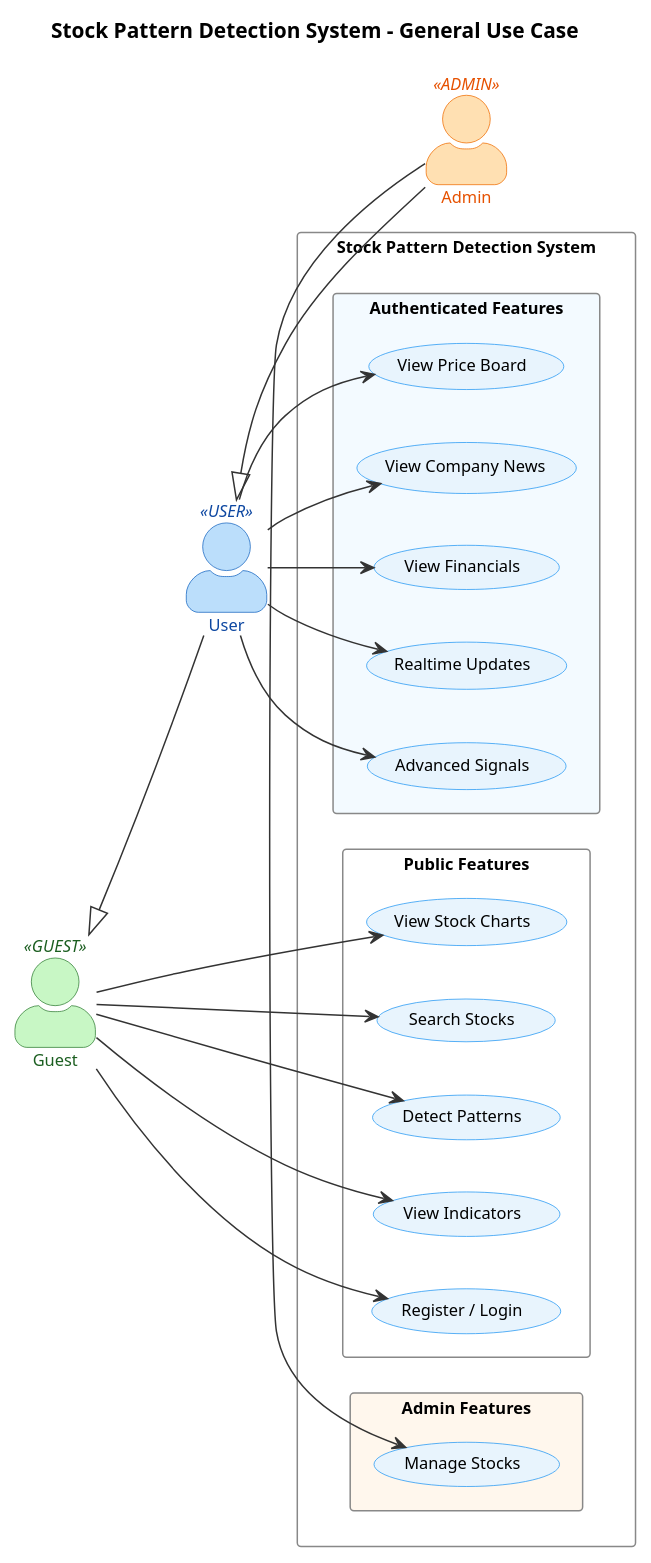
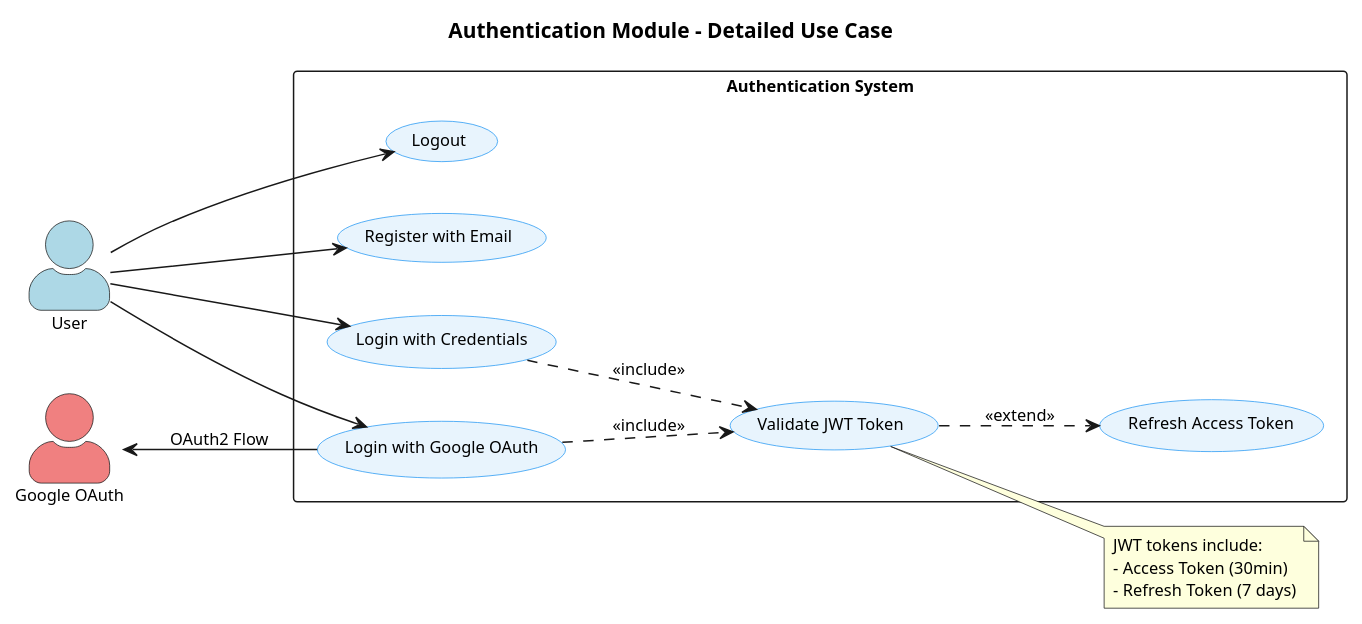
Before and after one commit to enel2906/graduation-thesis-diagram: the diagram in user-case-diagram/02-authentication-use-case.puml, drawn with PlantUML.

Commit message:
init diagram phase 2

```diff
--- a/user-case-diagram/02-authentication-use-case.puml
+++ b/user-case-diagram/02-authentication-use-case.puml
@@ -1,83 +1,43 @@
-@startuml
+@startuml Authentication Use Case
 skinparam backgroundColor white
 skinparam actorStyle awesome
+skinparam packageStyle rectangle
 skinparam defaultFontName Arial
 skinparam defaultFontSize 11
-
 skinparam usecaseBackgroundColor #E8F4FD
 skinparam usecaseBorderColor #2196F3
-skinparam RectangleBorderColor #888888
-skinparam RectangleBackgroundColor #FFFFFF
-skinparam ArrowColor #333333
 
-title Stock Pattern Detection System - General Use Case
+title Authentication Module - Detailed Use Case
+
 left to right direction
 
-' ===== Color actors by stereotype (reliable) =====
-actor "Guest" as Guest <<GUEST>>
-actor "User"  as AuthUser <<USER>>
-actor "Admin" as Admin <<ADMIN>>
+actor "User" as User #LightBlue
+actor "Google OAuth" as Google #LightCoral
 
-skinparam actor<<GUEST>> {
-  BackgroundColor #C8F7C5
-  BorderColor #2E7D32
-  FontColor #1B5E20
-}
-skinparam actor<<USER>> {
-  BackgroundColor #BBDEFB
-  BorderColor #1565C0
-  FontColor #0D47A1
-}
-skinparam actor<<ADMIN>> {
-  BackgroundColor #FFE0B2
-  BorderColor #EF6C00
-  FontColor #E65100
+rectangle "Authentication System" {
+    usecase "Register with Email" as UC1
+    usecase "Login with Credentials" as UC2
+    usecase "Login with Google OAuth" as UC3
+    usecase "Logout" as UC4
+    usecase "Validate JWT Token" as UC5
+    usecase "Refresh Access Token" as UC6
+    
+    UC2 ..> UC5 : <<include>>
+    UC3 ..> UC5 : <<include>>
+    UC5 ..> UC6 : <<extend>>
 }
 
-rectangle "Stock Pattern Detection System" {
+User --> UC1
+User --> UC2
+User --> UC3
+User --> UC4
 
-  rectangle "Authenticated Features" #F3FAFF {
-    usecase "View Price Board" as UC8
-    usecase "View Company News" as UC9
-    usecase "View Financials" as UC10
-    usecase "Realtime Updates" as UC11
-    usecase "Advanced Signals" as UC13
-  }
+Google <-- UC3 : OAuth2 Flow
 
-  rectangle "Public Features" #FFFFFF {
-    usecase "View Stock Charts" as UC1
-    usecase "Search Stocks" as UC2
-    usecase "Detect Patterns" as UC3
-    usecase "View Indicators" as UC5
-    usecase "Register / Login" as UC6
-  }
-
-  rectangle "Admin Features" #FFF7ED {
-    usecase "Manage Stocks" as UC12
-  }
-}
-
-' --- Associations ---
-Guest --> UC1
-Guest --> UC2
-Guest --> UC3
-Guest --> UC5
-Guest --> UC6
-
-AuthUser --> UC8
-AuthUser --> UC9
-AuthUser --> UC10
-AuthUser --> UC11
-AuthUser --> UC13
-
-Admin --> UC12
-
-' --- Correct actor generalization ---
-Guest <|-- AuthUser
-AuthUser <|-- Admin
-
-' --- Force vertical ordering: Guest -> User -> Admin (Admin below) ---
-Guest -[hidden]-> AuthUser
-AuthUser -[hidden]-> Admin
+note right of UC5
+  JWT tokens include:
+  - Access Token (30min)
+  - Refresh Token (7 days)
+end note
 
 @enduml
```
